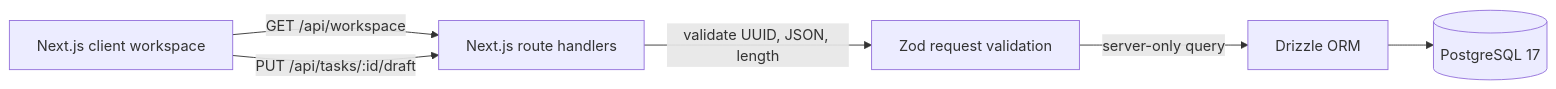
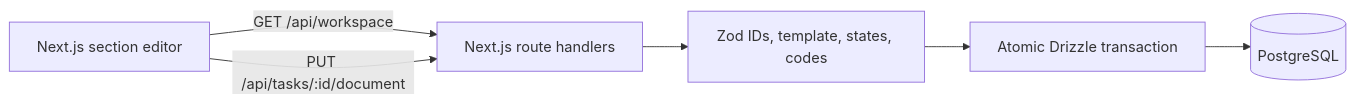
Before and after one commit to hmelihalan/CO-AI-skeleton: the diagram in README.md, drawn with Mermaid. The commit also changed other lines of this file and 18 other files, not shown here.

````diff
--- a/README.md
+++ b/README.md
@@ -70,8 +81,8 @@
 ```mermaid
 flowchart LR
-    UI[Next.js client workspace] -->|GET /api/workspace| API[Next.js route handlers]
-    UI -->|PUT /api/tasks/:id/draft| API
-    API -->|validate UUID, JSON, length| VALIDATION[Zod request validation]
-    VALIDATION -->|server-only query| ORM[Drizzle ORM]
-    ORM --> DB[(PostgreSQL 17)]
+    UI[Next.js section editor] -->|GET /api/workspace| API[Next.js route handlers]
+    UI -->|PUT /api/tasks/:id/document| API
+    API --> VALIDATION[Zod IDs, template, states, codes]
+    VALIDATION --> TX[Atomic Drizzle transaction]
+    TX --> DB[(PostgreSQL)]
 ```
````
